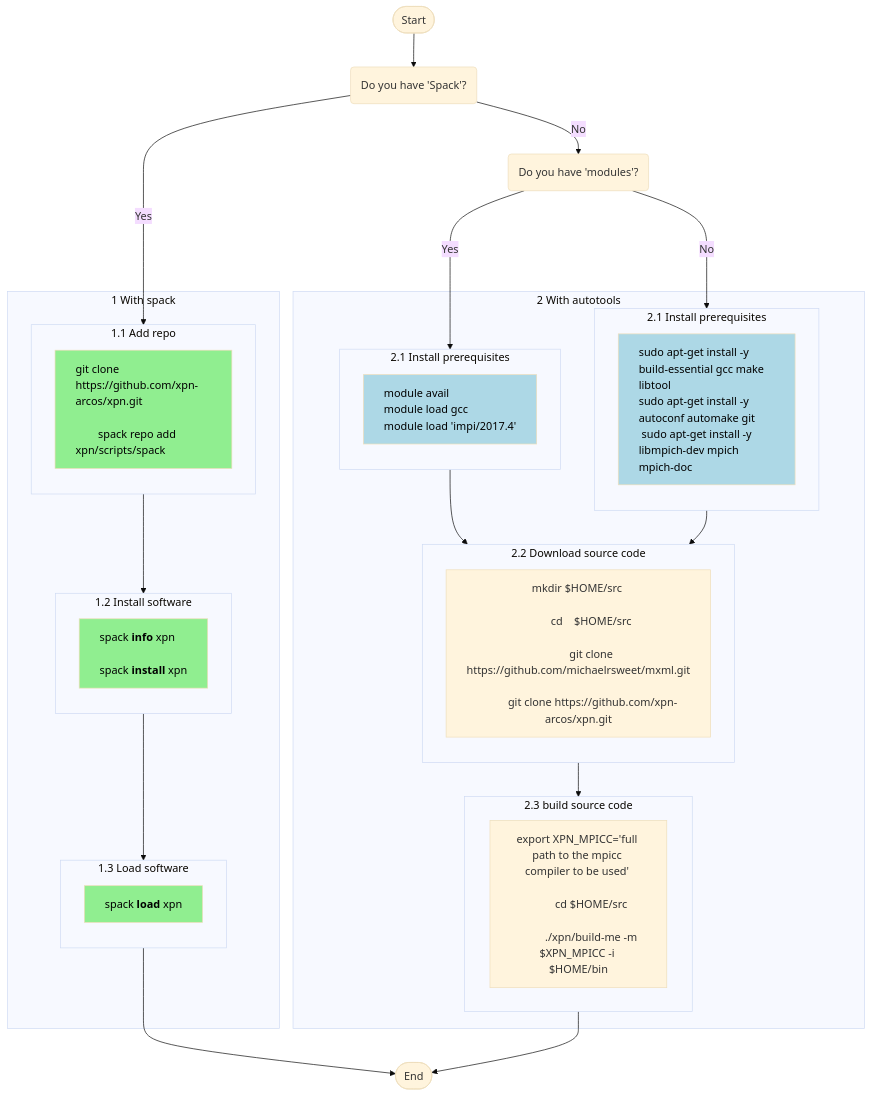
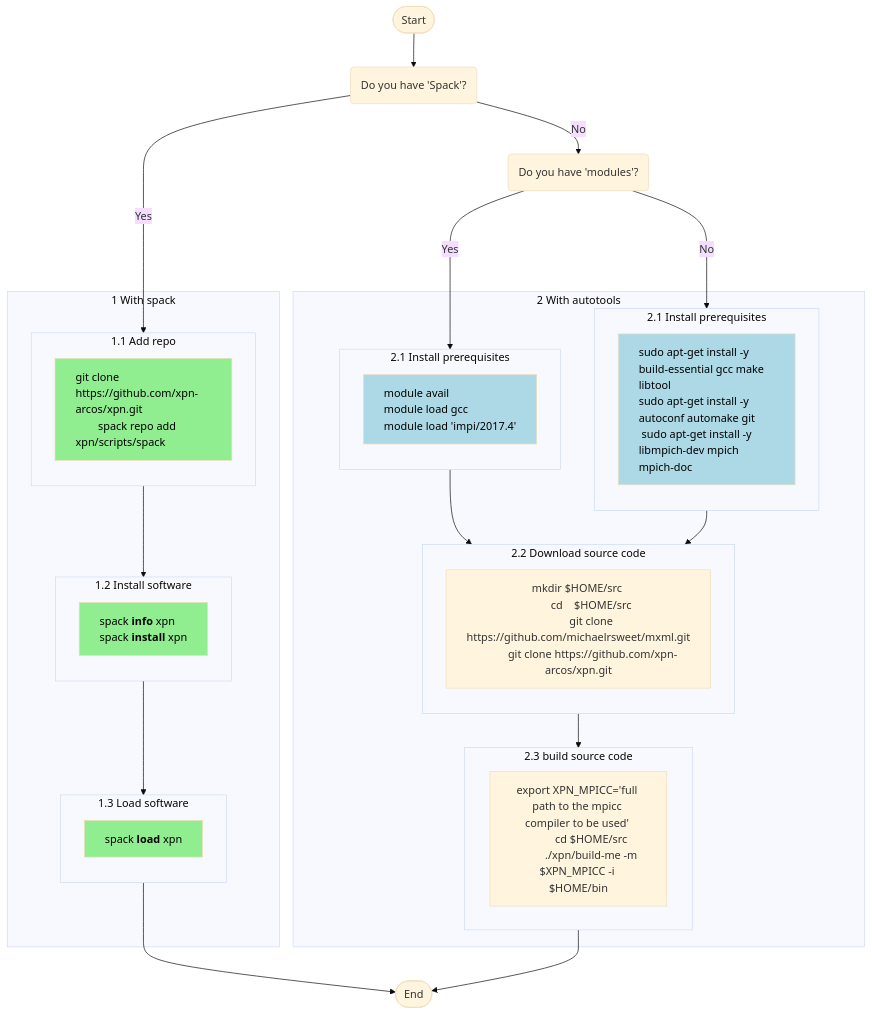
The first of 4 diagrams in README.md (xpn-arcos/xpn), drawn with Mermaid (base theme) before and after one commit.

````diff
--- a/README.md
+++ b/README.md
@@ -23,64 +23,64 @@
   ```mermaid
   %% {init: {"flowchart": {"defaultRenderer": "elk"}} }%%
   flowchart TD
     A([Start]) --> B("Do you have 'Spack'?")
     B -- Yes --> ide11
     B -- No --> Y1("Do you have 'modules'?")
 
     %% (1) with spack
     subgraph ide1 [1 With spack]
     subgraph ide11 [1.1 Add repo]
        direction TB
-       X1["git clone https://github.com/xpn-arcos/xpn.git </br>
+       X1["git clone https://github.com/xpn-arcos/xpn.git 
           spack repo add xpn/scripts/spack"]
     end
     subgraph ide12 [1.2 Install software]
        direction TB
-       X2["`spack **info** xpn &nbsp;&nbsp;</br>
-         spack **install** xpn`"]
+       X2["spack <b>info</b> xpn
+          spack <b>install</b> xpn"]
     end
     subgraph ide13 [1.3 Load software]
        direction TB
-       X3["`spack **load** xpn`"]
+       X3["spack <b>load</b> xpn"]
     end
     classDef lt text-align:left,fill:lightgreen,color:black; 
     class X1,X2,X3 lt;
     ide11 --> ide12
     ide12 --> ide13
     end
     ide13 --> I([End])
 
     Y1-- Yes --> ide21a
     Y1-- No ---> ide21b
     subgraph ide2 [2 With autotools]
     subgraph ide21a [2.1 Install prerequisites]
        direction TB
        Y1A["module avail <br> module load gcc<br> module load 'impi/2017.4'"]
     end
     subgraph ide21b [2.1 Install prerequisites]
        direction TB
        Y1B["sudo apt-get install -y build-essential gcc make libtool<br>sudo apt-get install -y autoconf automake git<br> sudo apt-get install -y libmpich-dev mpich mpich-doc"]
     end
     subgraph ide22 [2.2 Download source code]
        direction TB
-       Y2B["mkdir $HOME/src </br>
-            cd    $HOME/src </br>
-            git clone https://github.com/michaelrsweet/mxml.git<br>
+       Y2B["mkdir $HOME/src 
+            cd    $HOME/src 
+            git clone https://github.com/michaelrsweet/mxml.git
             git clone https://github.com/xpn-arcos/xpn.git"]
     end
     subgraph ide23 ["2.3 build source code"]
        direction LR
-       Y3B["export XPN_MPICC='full path to the mpicc compiler to be used' <br>
-            cd $HOME/src <br>
+       Y3B["export XPN_MPICC='full path to the mpicc compiler to be used' 
+            cd $HOME/src 
             ./xpn/build-me -m $XPN_MPICC -i $HOME/bin"]
     end
     ide21a --> ide22
     ide21b --> ide22
     ide22 --> ide23
 
     classDef lt2 text-align:left,fill:lightblue,color:black;
     class Y1A,Y1B lt2;
     end
 
     Y3B --> I([End])
   ```
````
